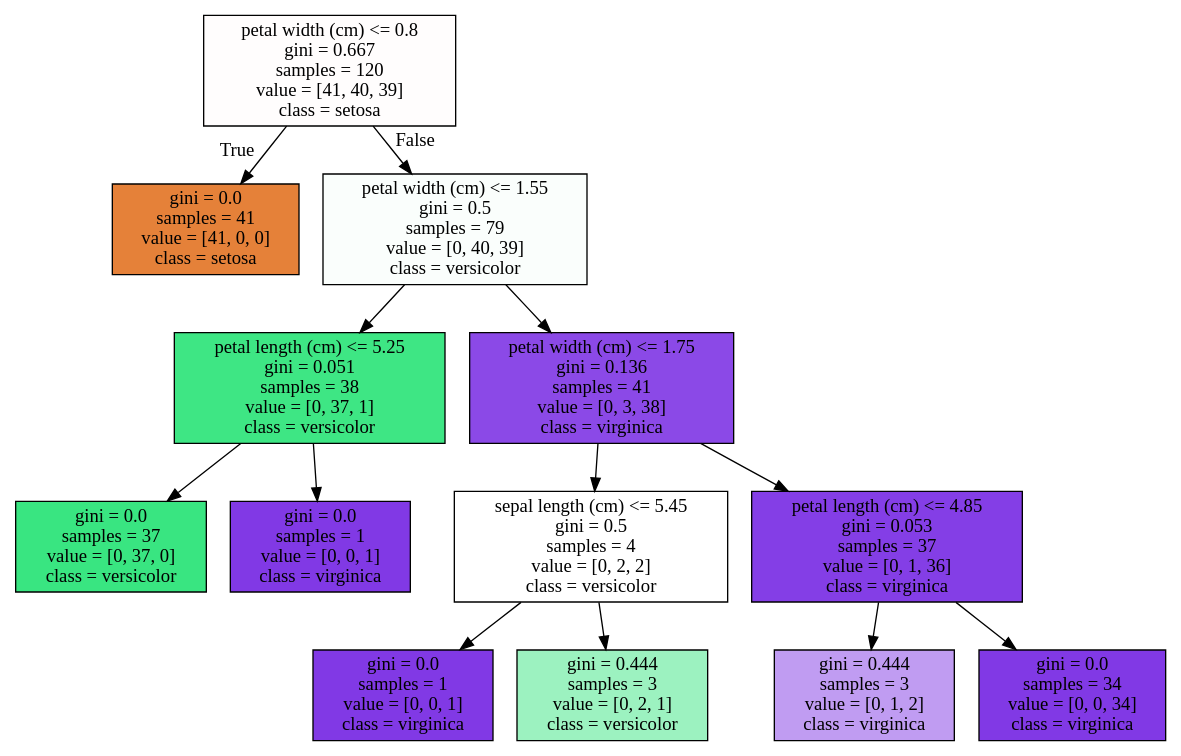
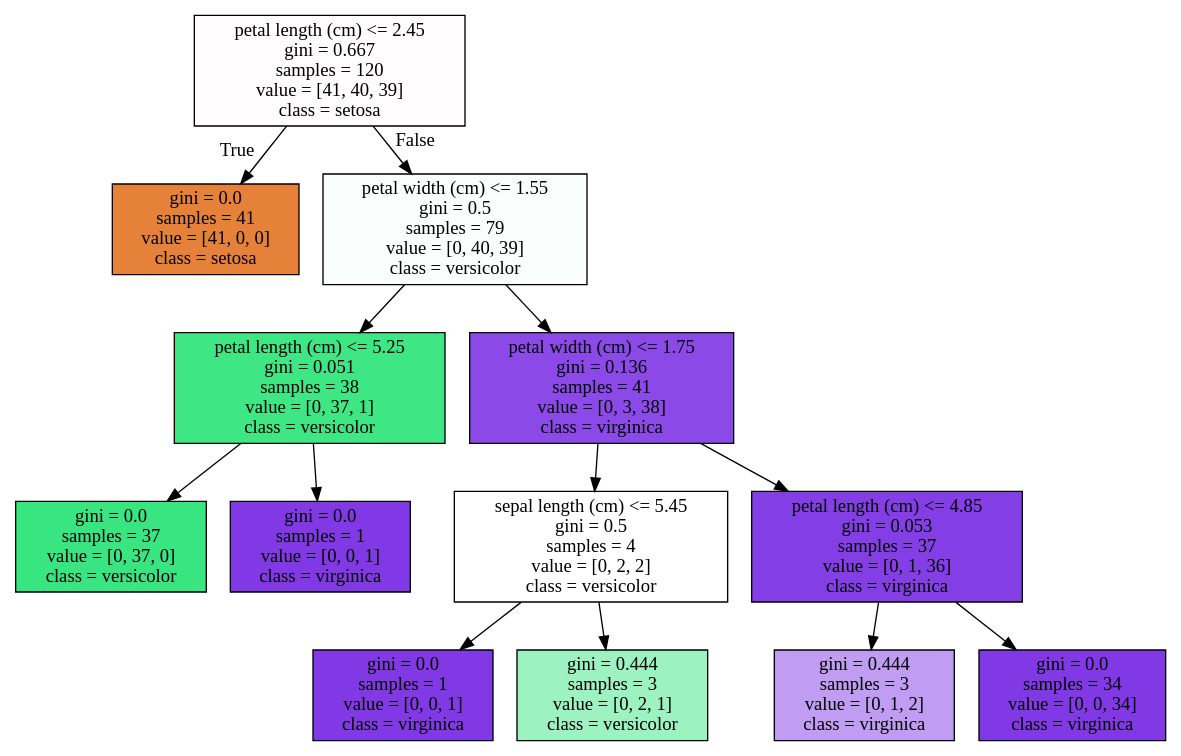
One commit to kjs34590/MachineLearning_Guide changed the diagram in tree3.dot. Above: the diagram before and after it, drawn with Graphviz. The commit also changed 3 other files, not shown here.

```diff
--- a/tree3.dot
+++ b/tree3.dot
@@ -1,28 +1,28 @@
 digraph Tree {
 node [shape=box, style="filled", color="black"] ;
-0 [label="petal width (cm) <= 0.8\ngini = 0.667\nsamples = 120\nvalue = [41, 40, 39]\nclass = setosa", fillcolor="#fffdfd"] ;
+0 [label="petal length (cm) <= 2.45\ngini = 0.667\nsamples = 120\nvalue = [41, 40, 39]\nclass = setosa", fillcolor="#fffdfd"] ;
 1 [label="gini = 0.0\nsamples = 41\nvalue = [41, 0, 0]\nclass = setosa", fillcolor="#e58139"] ;
 0 -> 1 [labeldistance=2.5, labelangle=45, headlabel="True"] ;
 2 [label="petal width (cm) <= 1.55\ngini = 0.5\nsamples = 79\nvalue = [0, 40, 39]\nclass = versicolor", fillcolor="#fafefc"] ;
 0 -> 2 [labeldistance=2.5, labelangle=-45, headlabel="False"] ;
 3 [label="petal length (cm) <= 5.25\ngini = 0.051\nsamples = 38\nvalue = [0, 37, 1]\nclass = versicolor", fillcolor="#3ee684"] ;
 2 -> 3 ;
 4 [label="gini = 0.0\nsamples = 37\nvalue = [0, 37, 0]\nclass = versicolor", fillcolor="#39e581"] ;
 3 -> 4 ;
 5 [label="gini = 0.0\nsamples = 1\nvalue = [0, 0, 1]\nclass = virginica", fillcolor="#8139e5"] ;
 3 -> 5 ;
 6 [label="petal width (cm) <= 1.75\ngini = 0.136\nsamples = 41\nvalue = [0, 3, 38]\nclass = virginica", fillcolor="#8b49e7"] ;
 2 -> 6 ;
 7 [label="sepal length (cm) <= 5.45\ngini = 0.5\nsamples = 4\nvalue = [0, 2, 2]\nclass = versicolor", fillcolor="#ffffff"] ;
 6 -> 7 ;
 8 [label="gini = 0.0\nsamples = 1\nvalue = [0, 0, 1]\nclass = virginica", fillcolor="#8139e5"] ;
 7 -> 8 ;
 9 [label="gini = 0.444\nsamples = 3\nvalue = [0, 2, 1]\nclass = versicolor", fillcolor="#9cf2c0"] ;
 7 -> 9 ;
 10 [label="petal length (cm) <= 4.85\ngini = 0.053\nsamples = 37\nvalue = [0, 1, 36]\nclass = virginica", fillcolor="#843ee6"] ;
 6 -> 10 ;
 11 [label="gini = 0.444\nsamples = 3\nvalue = [0, 1, 2]\nclass = virginica", fillcolor="#c09cf2"] ;
 10 -> 11 ;
 12 [label="gini = 0.0\nsamples = 34\nvalue = [0, 0, 34]\nclass = virginica", fillcolor="#8139e5"] ;
 10 -> 12 ;
 }
```
